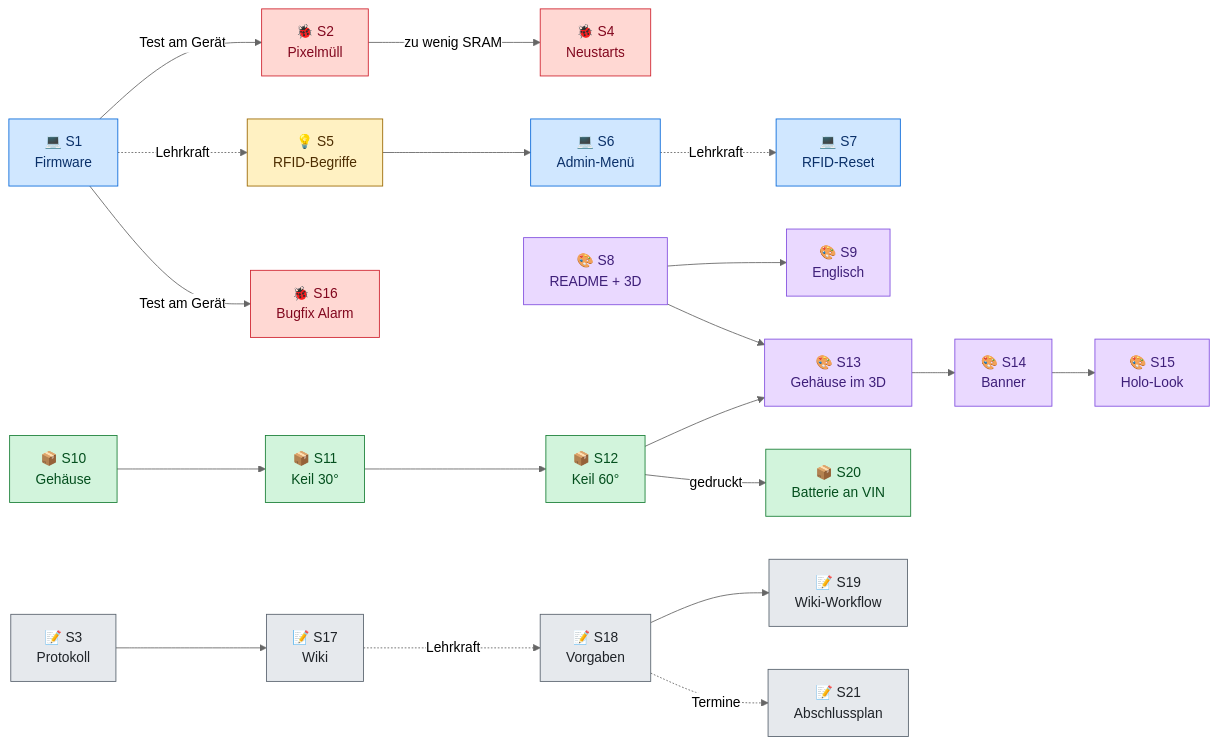
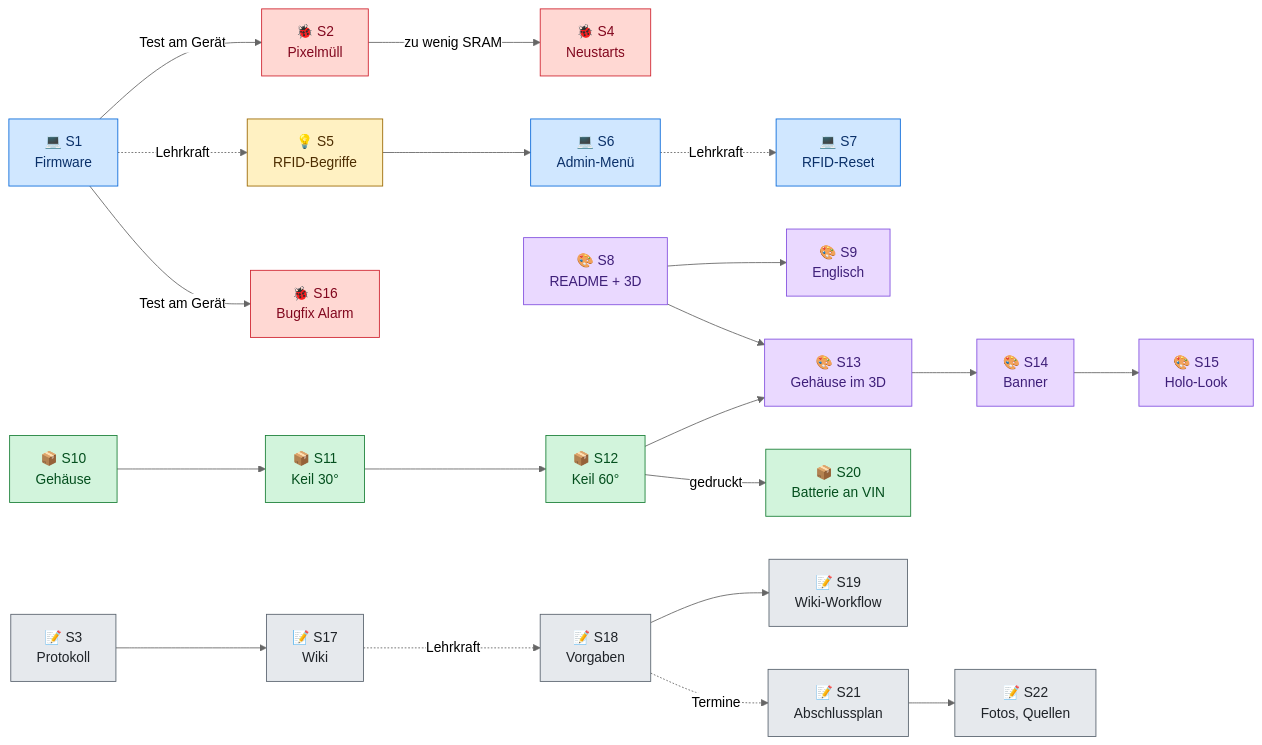
Before and after one commit to BBZ-AIFS51/LF7-Projekt_GAS: the second of 3 diagrams in wiki/Entwicklungsverlauf.md, drawn with Mermaid (neutral theme). The commit also changed other lines of this file and 14 other files, not shown here.

````diff
--- a/wiki/Entwicklungsverlauf.md
+++ b/wiki/Entwicklungsverlauf.md
@@ -62,51 +63,53 @@
 ```mermaid
 flowchart LR
     P1["💻 S1<br/>Firmware"]
     P2["🐞 S2<br/>Pixelmüll"]
     P3["📝 S3<br/>Protokoll"]
     P4["🐞 S4<br/>Neustarts"]
     P5["💡 S5<br/>RFID-Begriffe"]
     P6["💻 S6<br/>Admin-Menü"]
     P7["💻 S7<br/>RFID-Reset"]
     P8["🎨 S8<br/>README + 3D"]
     P9["🎨 S9<br/>Englisch"]
     P10["📦 S10<br/>Gehäuse"]
     P11["📦 S11<br/>Keil 30°"]
     P12["📦 S12<br/>Keil 60°"]
     P13["🎨 S13<br/>Gehäuse im 3D"]
     P14["🎨 S14<br/>Banner"]
     P15["🎨 S15<br/>Holo-Look"]
     P16["🐞 S16<br/>Bugfix Alarm"]
     P17["📝 S17<br/>Wiki"]
     P18["📝 S18<br/>Vorgaben"]
     P19["📝 S19<br/>Wiki-Workflow"]
     P20["📦 S20<br/>Batterie an VIN"]
     P21["📝 S21<br/>Abschlussplan"]
+    P22["📝 S22<br/>Fotos, Quellen"]
 
     P1 -- "Test am Gerät" --> P2 -- "zu wenig SRAM" --> P4
     P1 -. "Lehrkraft" .-> P5 --> P6
     P6 -. "Lehrkraft" .-> P7
     P1 -- "Test am Gerät" --> P16
     P8 --> P9
     P8 --> P13
     P10 --> P11 --> P12 --> P13
     P12 -- "gedruckt" --> P20
     P13 --> P14 --> P15
     P3 --> P17
     P17 -. "Lehrkraft" .-> P18
     P18 --> P19
     P18 -. "Termine" .-> P21
+    P21 --> P22
 
     classDef fw fill:#d0e7ff,stroke:#0969da,color:#0a3069
     classDef bug fill:#ffd8d3,stroke:#cf222e,color:#82071e
     classDef info fill:#fff1c2,stroke:#9a6700,color:#4d2d00
     classDef vis fill:#ead9ff,stroke:#8250df,color:#3e1f79
     classDef box fill:#d2f4dc,stroke:#1a7f37,color:#044f1e
     classDef doc fill:#e6e9ed,stroke:#59636e,color:#1f2328
     class P1,P6,P7 fw
     class P2,P4,P16 bug
     class P5 info
     class P8,P9,P13,P14,P15 vis
     class P10,P11,P12,P20 box
-    class P3,P17,P18,P19,P21 doc
+    class P3,P17,P18,P19,P21,P22 doc
 ```
````
